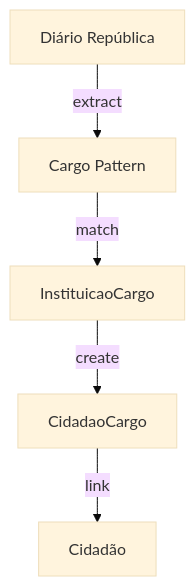
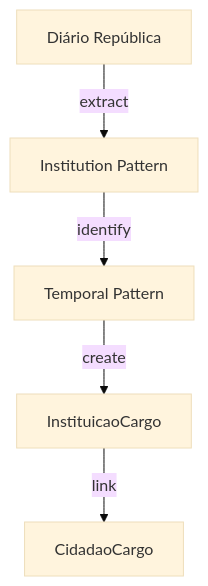
Before and after one commit to CarlosLiberJesus/obsidian-vault: the third of 3 diagrams in vault/BeWhyOrg/InServer/Backend/Database/Entity-InstituicaoCargo.md, drawn with Mermaid (base theme). The commit also changed other lines of this file and 11 other files, not shown here.

````diff
--- a/vault/BeWhyOrg/InServer/Backend/Database/Entity-InstituicaoCargo.md
+++ b/vault/BeWhyOrg/InServer/Backend/Database/Entity-InstituicaoCargo.md
@@ -100,7 +129,7 @@
 ```mermaid
 graph TD
-    DR[Diário República] --> |extract| CP[Cargo Pattern]
-    CP --> |match| IC[InstituicaoCargo]
-    IC --> |create| CC[CidadaoCargo]
-    CC --> |link| C[Cidadão]
+    DR[Diário República] --> |extract| IP[Institution Pattern]
+    IP --> |identify| TP[Temporal Pattern]
+    TP --> |create| IC[InstituicaoCargo]
+    IC --> |link| CC[CidadaoCargo]
 ```
````
